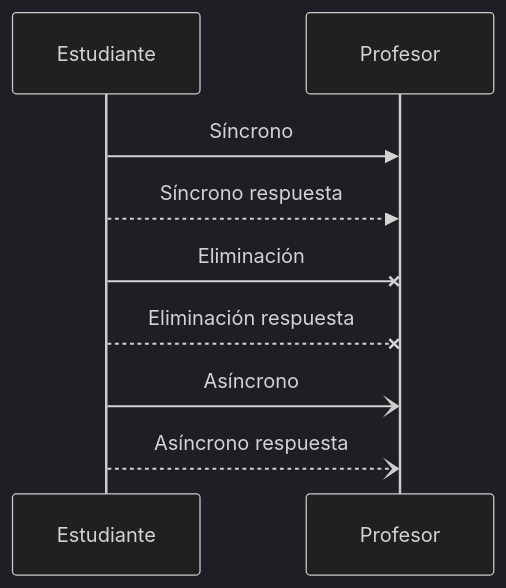
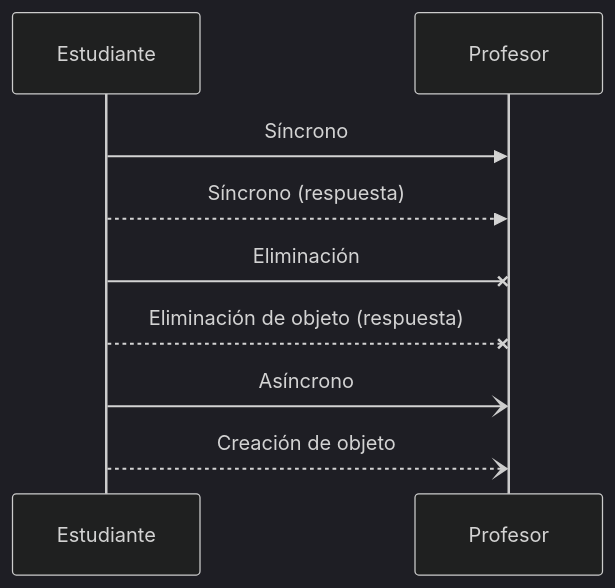
The eighth of 9 diagrams in README.md (gerardfp/uml), drawn with Mermaid (dark theme) before and after one commit. The commit also changed other lines of this file, not shown here.

````diff
--- a/README.md
+++ b/README.md
@@ -156,9 +155,9 @@
 ```mermaid
 sequenceDiagram
   Estudiante ->> Profesor: Síncrono
-  Estudiante -->> Profesor: Síncrono respuesta
-  Estudiante -x Profesor: Eliminación
-  Estudiante --x Profesor: Eliminación respuesta
+  Estudiante -->> Profesor: Síncrono (respuesta)
+  Estudiante -x Profesor: Eliminación 
+  Estudiante --x Profesor: Eliminación de objeto (respuesta)
   Estudiante -) Profesor: Asíncrono
-  Estudiante --) Profesor: Asíncrono respuesta
+  Estudiante --) Profesor: Creación de objeto
 ```
````
